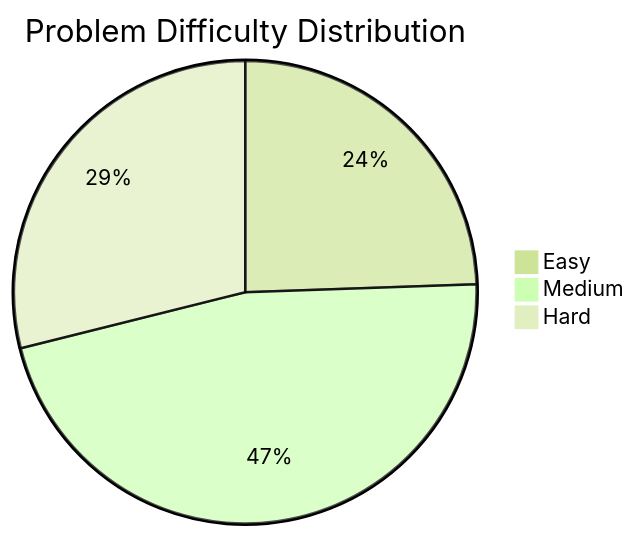
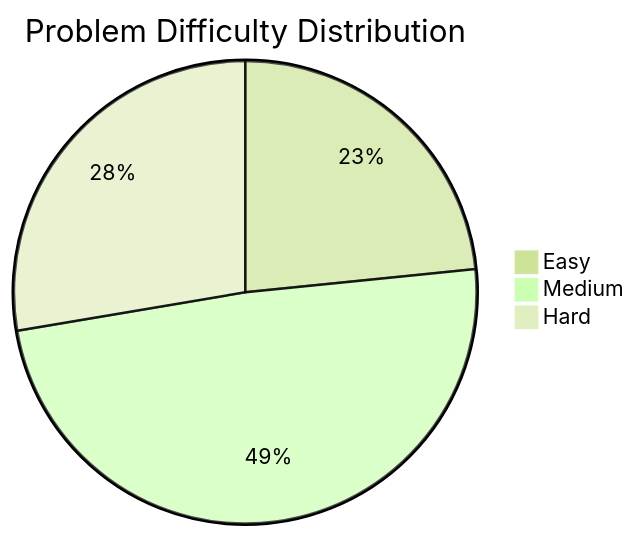
The first of 2 diagrams in JOURNAL.md (ernivani/leetcode-solutions), drawn with Mermaid (forest theme) before and after one commit. The commit also changed other lines of this file and 3 other files, not shown here.

````diff
--- a/JOURNAL.md
+++ b/JOURNAL.md
@@ -56,6 +58,6 @@
 ```mermaid
 pie title Problem Difficulty Distribution
     "Easy" : 11
-    "Medium" : 21
+    "Medium" : 23
     "Hard" : 13
 ```
````
